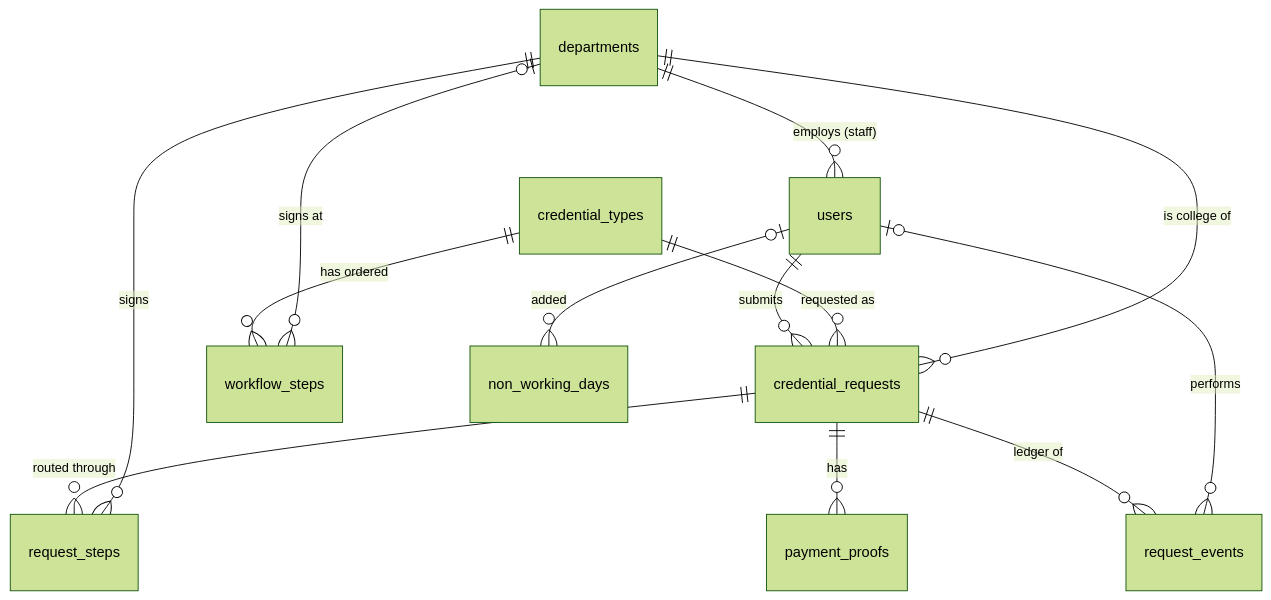
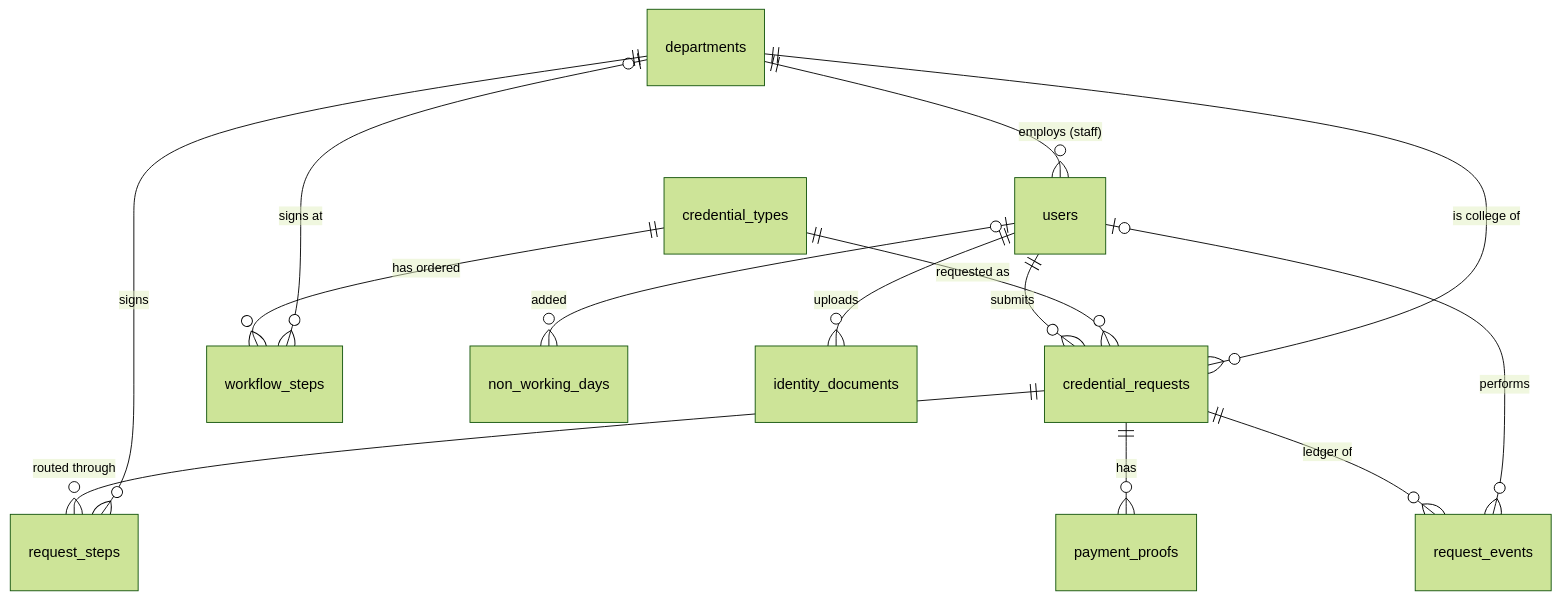
Before and after one commit to ZyrusAlvez/Online-Academic-Credential-Request: the diagram in docs/data-dictionary.md, drawn with Mermaid (forest theme). The commit also changed other lines of this file and 33 other files, not shown here.

````diff
--- a/docs/data-dictionary.md
+++ b/docs/data-dictionary.md
@@ -13,15 +13,16 @@
 ```mermaid
 erDiagram
     departments ||--o{ users : "employs (staff)"
     users ||--o{ credential_requests : submits
     credential_types ||--o{ workflow_steps : "has ordered"
     departments |o--o{ workflow_steps : "signs at"
     credential_types ||--o{ credential_requests : "requested as"
     departments ||--o{ credential_requests : "is college of"
     credential_requests ||--o{ request_steps : "routed through"
     departments ||--o{ request_steps : signs
     credential_requests ||--o{ payment_proofs : has
     credential_requests ||--o{ request_events : "ledger of"
     users |o--o{ request_events : performs
     users |o--o{ non_working_days : "added"
+    users ||--o{ identity_documents : uploads
 ```
````
